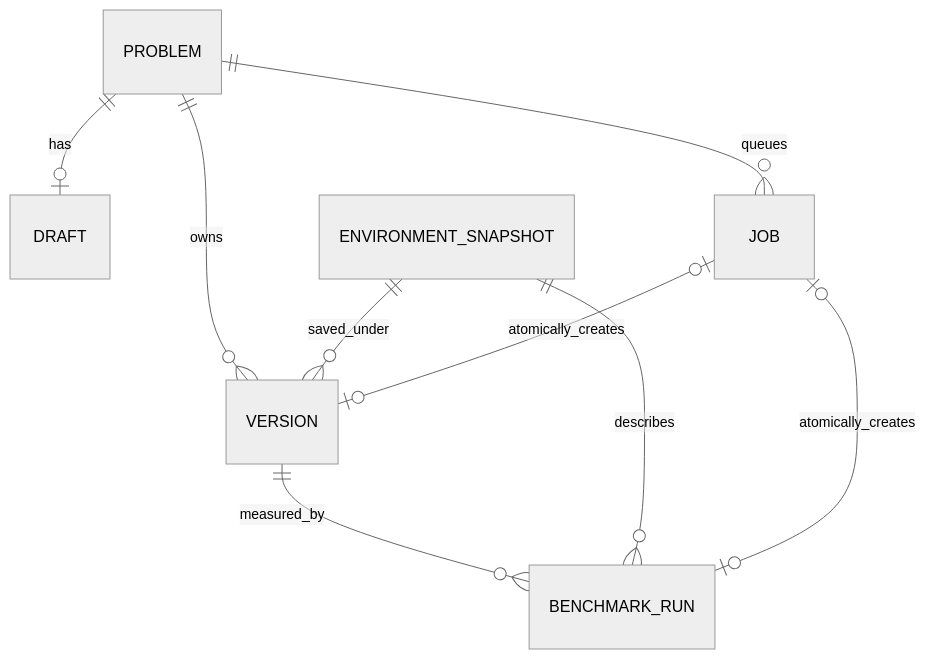
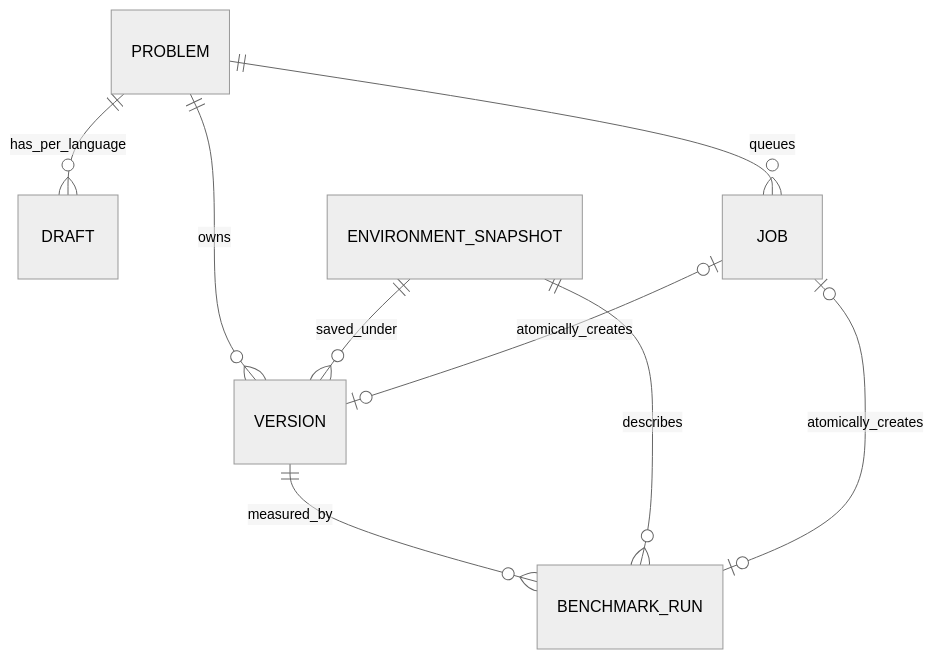
The second of 4 diagrams in docs/design.md (BabyDrangoner/MyLeetGpu), drawn with Mermaid (neutral theme) before and after one commit. The commit also changed other lines of this file and 79 other files, not shown here.

````diff
--- a/docs/design.md
+++ b/docs/design.md
@@ -190,11 +198,11 @@
 ```mermaid
 erDiagram
-    PROBLEM ||--o| DRAFT : has
+    PROBLEM ||--o{ DRAFT : has_per_language
     PROBLEM ||--o{ VERSION : owns
     PROBLEM ||--o{ JOB : queues
     VERSION ||--o{ BENCHMARK_RUN : measured_by
     ENVIRONMENT_SNAPSHOT ||--o{ VERSION : saved_under
     ENVIRONMENT_SNAPSHOT ||--o{ BENCHMARK_RUN : describes
     JOB o|--o| VERSION : atomically_creates
     JOB o|--o| BENCHMARK_RUN : atomically_creates
 ```
````
